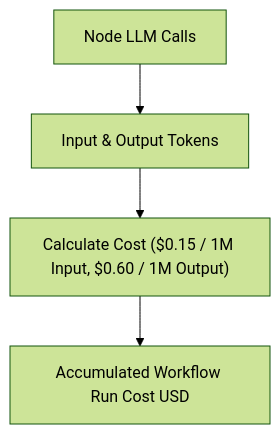
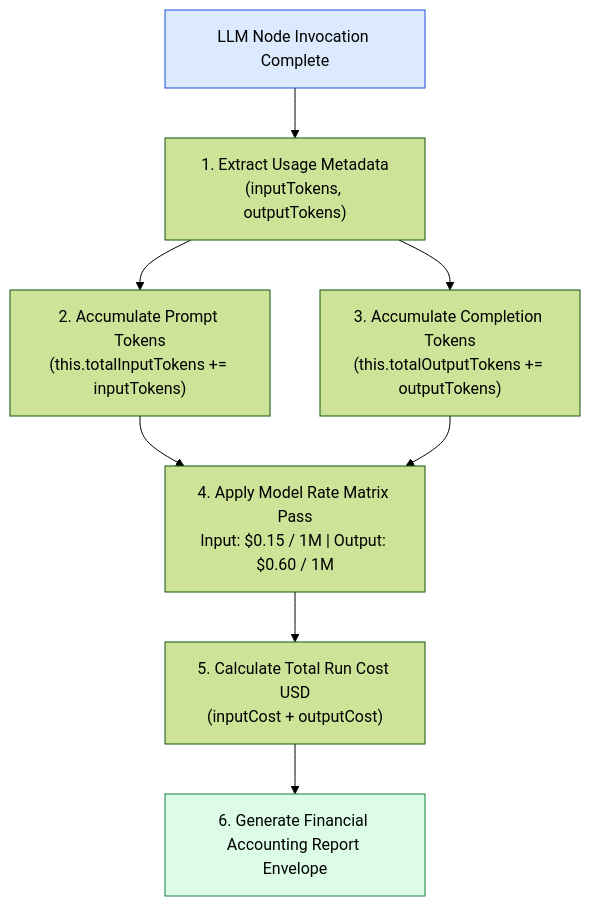
One commit to Amie-dev/engineering-playbook changed the first of 3 diagrams in agentic-ai-notes/05-karigar-flow/10-cost-tracker.md. Above: the diagram before and after it, drawn with Mermaid (forest theme). The commit also changed other lines of this file and 12 other files, not shown here.

First line of the commit message:
Refactor Karigar Flow Modules: Enhance Email Drafter, Tracer, Cost Tracker, LangSmith Integration, and Main Runner

````diff
--- a/agentic-ai-notes/05-karigar-flow/10-cost-tracker.md
+++ b/agentic-ai-notes/05-karigar-flow/10-cost-tracker.md
@@ -10,6 +13,17 @@
 ```mermaid
-graph TD
-    NodeLLM[Node LLM Calls] --> CountTokens[Input & Output Tokens]
-    CountTokens --> CalculateCost["Calculate Cost ($0.15 / 1M Input, $0.60 / 1M Output)"]
-    CalculateCost --> TotalCost[Accumulated Workflow Run Cost USD]
+flowchart TD
+    NodeLLMCall[LLM Node Invocation Complete] --> ExtractTokens["1. Extract Usage Metadata<br/>(inputTokens, outputTokens)"]
+
+    ExtractTokens --> AccumulateInput["2. Accumulate Prompt Tokens<br/>(this.totalInputTokens += inputTokens)"]
+
+    ExtractTokens --> AccumulateOutput["3. Accumulate Completion Tokens<br/>(this.totalOutputTokens += outputTokens)"]
+
+    AccumulateInput & AccumulateOutput --> ApplyRates["4. Apply Model Rate Matrix Pass<br/>Input: $0.15 / 1M | Output: $0.60 / 1M"]
+
+    ApplyRates --> ComputeUSD["5. Calculate Total Run Cost USD<br/>(inputCost + outputCost)"]
+
+    ComputeUSD --> CostReport[6. Generate Financial Accounting Report Envelope]
+
+    style NodeLLMCall fill:#dbeafe,stroke:#1d4ed8
+    style CostReport fill:#dcfce7,stroke:#15803d
 ```
````
